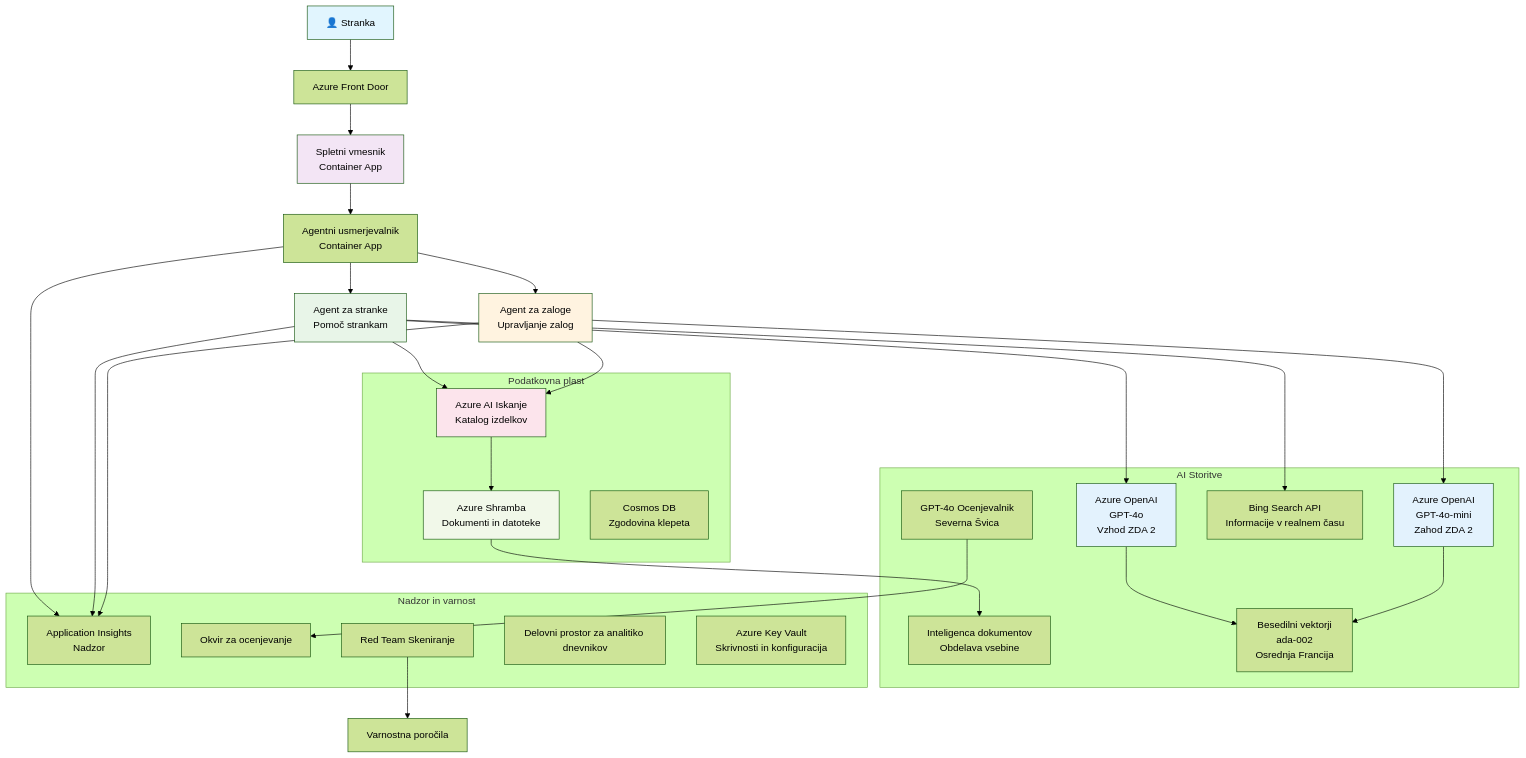
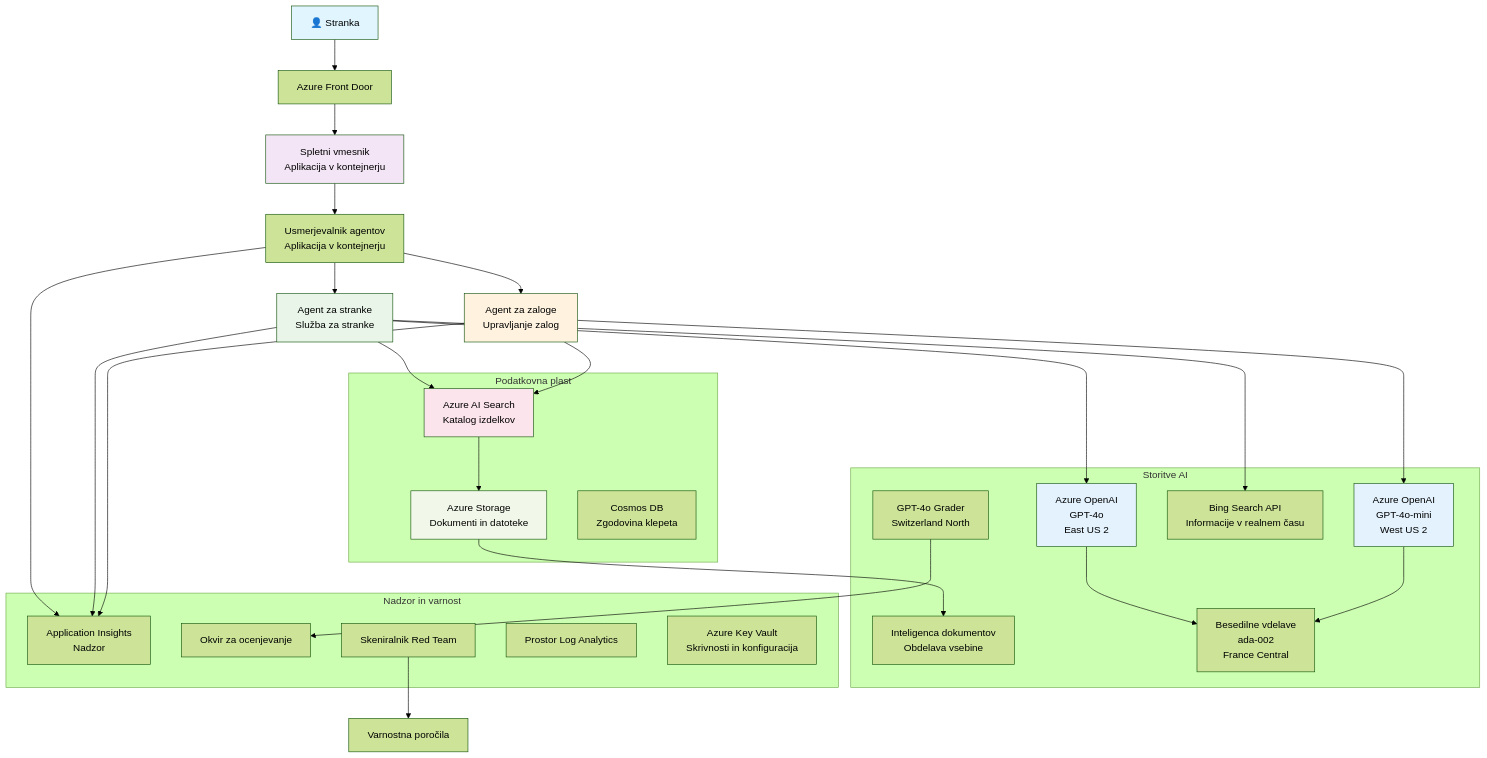
Before and after one commit to microsoft/AZD-for-beginners: the diagram in translations/sl/examples/retail-scenario.md, drawn with Mermaid (forest theme). The commit also changed other lines of this file and 242 other files, not shown here.

````diff
--- a/translations/sl/examples/retail-scenario.md
+++ b/translations/sl/examples/retail-scenario.md
@@ -148,61 +139,61 @@
 ```mermaid
 graph TB
     User[👤 Stranka] --> LB[Azure Front Door]
-    LB --> WebApp[Spletni vmesnik<br/>Container App]
+    LB --> WebApp[Spletni vmesnik<br/>Aplikacija v kontejnerju]
     
-    WebApp --> Router[Agentni usmerjevalnik<br/>Container App]
-    Router --> CustomerAgent[Agent za stranke<br/>Pomoč strankam]
+    WebApp --> Router[Usmerjevalnik agentov<br/>Aplikacija v kontejnerju]
+    Router --> CustomerAgent[Agent za stranke<br/>Služba za stranke]
     Router --> InvAgent[Agent za zaloge<br/>Upravljanje zalog]
     
-    CustomerAgent --> OpenAI1[Azure OpenAI<br/>GPT-4o<br/>Vzhod ZDA 2]
-    InvAgent --> OpenAI2[Azure OpenAI<br/>GPT-4o-mini<br/>Zahod ZDA 2]
+    CustomerAgent --> OpenAI1[Azure OpenAI<br/>GPT-4o<br/>East US 2]
+    InvAgent --> OpenAI2[Azure OpenAI<br/>GPT-4o-mini<br/>West US 2]
     
-    CustomerAgent --> AISearch[Azure AI Iskanje<br/>Katalog izdelkov]
+    CustomerAgent --> AISearch[Azure AI Search<br/>Katalog izdelkov]
     CustomerAgent --> BingSearch[Bing Search API<br/>Informacije v realnem času]
     InvAgent --> AISearch
     
-    AISearch --> Storage[Azure Shramba<br/>Dokumenti in datoteke]
+    AISearch --> Storage[Azure Storage<br/>Dokumenti in datoteke]
     Storage --> DocIntel[Inteligenca dokumentov<br/>Obdelava vsebine]
     
-    OpenAI1 --> Embeddings[Besedilni vektorji<br/>ada-002<br/>Osrednja Francija]
+    OpenAI1 --> Embeddings[Besedilne vdelave<br/>ada-002<br/>France Central]
     OpenAI2 --> Embeddings
     
     Router --> AppInsights[Application Insights<br/>Nadzor]
     CustomerAgent --> AppInsights
     InvAgent --> AppInsights
     
-    GraderModel[GPT-4o Ocenjevalnik<br/>Severna Švica] --> Evaluation[Okvir za ocenjevanje]
-    RedTeam[Red Team Skeniranje] --> SecurityReports[Varnostna poročila]
+    GraderModel[GPT-4o Grader<br/>Switzerland North] --> Evaluation[Okvir za ocenjevanje]
+    RedTeam[Skeniralnik Red Team] --> SecurityReports[Varnostna poročila]
     
     subgraph "Podatkovna plast"
         Storage
         AISearch
         CosmosDB[Cosmos DB<br/>Zgodovina klepeta]
     end
     
-    subgraph "AI Storitve"
+    subgraph "Storitve AI"
         OpenAI1
         OpenAI2
         Embeddings
         GraderModel
         DocIntel
         BingSearch
     end
     
     subgraph "Nadzor in varnost"
         AppInsights
-        LogAnalytics[Delovni prostor za analitiko dnevnikov]
+        LogAnalytics[Prostor Log Analytics]
         KeyVault[Azure Key Vault<br/>Skrivnosti in konfiguracija]
         RedTeam
         Evaluation
     end
     
     style User fill:#e1f5fe
     style WebApp fill:#f3e5f5
     style CustomerAgent fill:#e8f5e8
     style InvAgent fill:#fff3e0
     style OpenAI1 fill:#e3f2fd
     style OpenAI2 fill:#e3f2fd
     style AISearch fill:#fce4ec
     style Storage fill:#f1f8e9
 ```
````
